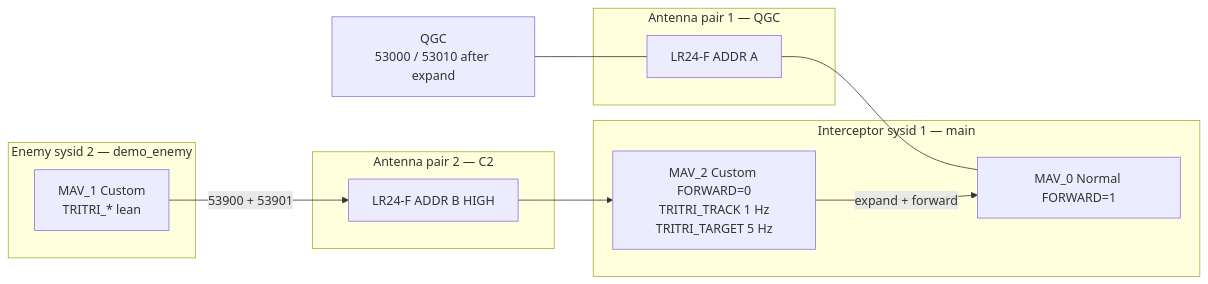
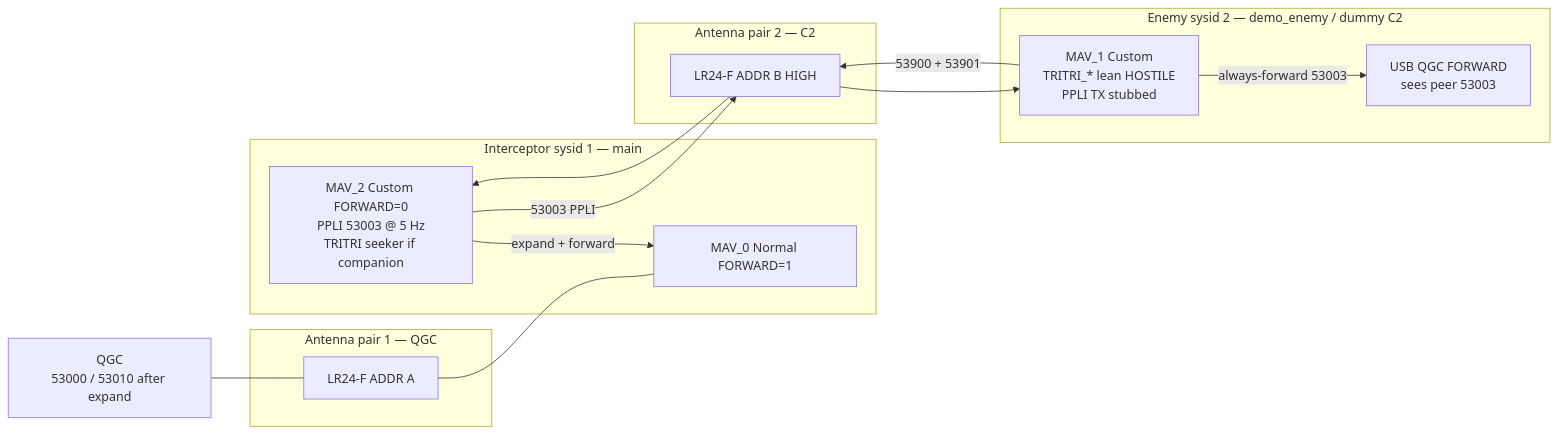
One commit to TheLukaDragar/PX4-Autopilot changed the first of 2 diagrams in interceptor_mavlink_m_example.md. Above: the diagram before and after it, drawn with Mermaid. The commit also changed other lines of this file and 1 other file, not shown here.

First line of the commit message:
feat(mavlink): stream blue PPLI on interceptor C2 at 5 Hz

````diff
--- a/interceptor_mavlink_m_example.md
+++ b/interceptor_mavlink_m_example.md
@@ -25,25 +25,28 @@
 ```mermaid
 flowchart LR
   QGC["QGC<br/>53000 / 53010 after expand"]
 
   subgraph qgcPair["Antenna pair 1 — QGC"]
     RQ["LR24-F ADDR A"]
   end
 
   subgraph icept["Interceptor sysid 1 — main"]
     I0["MAV_0 Normal FORWARD=1"]
-    I2["MAV_2 Custom FORWARD=0<br/>TRITRI_TRACK 1 Hz<br/>TRITRI_TARGET 5 Hz"]
+    I2["MAV_2 Custom FORWARD=0<br/>PPLI 53003 @ 5 Hz<br/>TRITRI seeker if companion"]
   end
 
   subgraph c2Pair["Antenna pair 2 — C2"]
     RC["LR24-F ADDR B HIGH"]
   end
 
-  subgraph enemy["Enemy sysid 2 — demo_enemy"]
-    E1["MAV_1 Custom<br/>TRITRI_* lean"]
+  subgraph enemy["Enemy sysid 2 — demo_enemy / dummy C2"]
+    E1["MAV_1 Custom<br/>TRITRI_* lean HOSTILE<br/>PPLI TX stubbed"]
+    EU["USB QGC FORWARD<br/>sees peer 53003"]
   end
 
   QGC --- RQ --- I0
   E1 -->|"53900 + 53901"| RC --> I2
+  I2 -->|"53003 PPLI"| RC --> E1
   I2 -->|"expand + forward"| I0
+  E1 -->|"always-forward 53003"| EU
 ```
````
